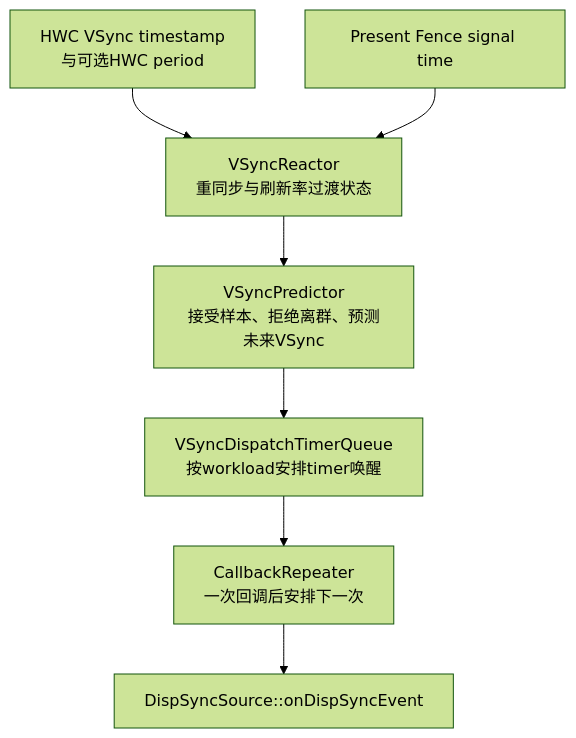
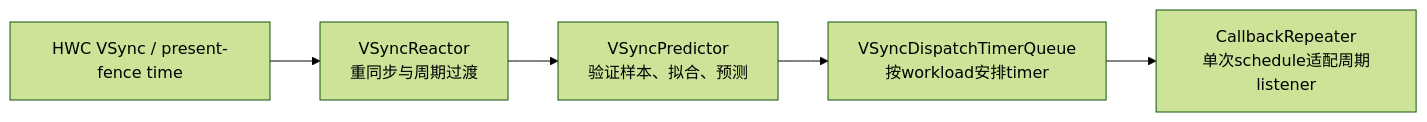
Before and after one commit to junyingzhao001/StudyNotes: the first of 2 diagrams in Android源码学习/165-AndroidSchedulerVSyncModulatorEventThread与AppSF双VSync相位.md, drawn with Mermaid (forest theme). The commit also changed other lines of this file and 30 other files, not shown here.

````diff
--- a/Android源码学习/165-AndroidSchedulerVSyncModulatorEventThread与AppSF双VSync相位.md
+++ b/Android源码学习/165-AndroidSchedulerVSyncModulatorEventThread与AppSF双VSync相位.md
@@ -226,9 +212,7 @@
 ```mermaid
-flowchart TD
-    SAMPLE["HWC VSync timestamp<br/>与可选HWC period"] --> REACT["VSyncReactor<br/>重同步与刷新率过渡状态"]
-    FENCE["Present Fence signal time"] --> REACT
-    REACT --> TRACK["VSyncPredictor<br/>接受样本、拒绝离群、预测未来VSync"]
-    TRACK --> DISPATCH["VSyncDispatchTimerQueue<br/>按workload安排timer唤醒"]
-    DISPATCH --> REP["CallbackRepeater<br/>一次回调后安排下一次"]
-    REP --> DS["DispSyncSource::onDispSyncEvent"]
+flowchart LR
+    S["HWC VSync / present-fence time"] --> R["VSyncReactor<br/>重同步与周期过渡"]
+    R --> P["VSyncPredictor<br/>验证样本、拟合、预测"]
+    P --> D["VSyncDispatchTimerQueue<br/>按workload安排timer"]
+    D --> C["CallbackRepeater<br/>单次schedule适配周期listener"]
 ```
````
